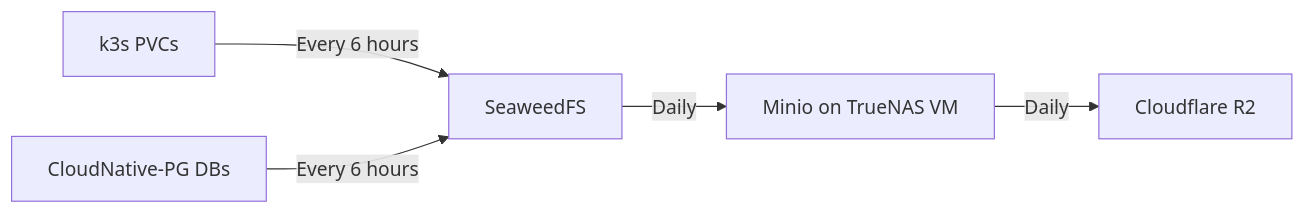
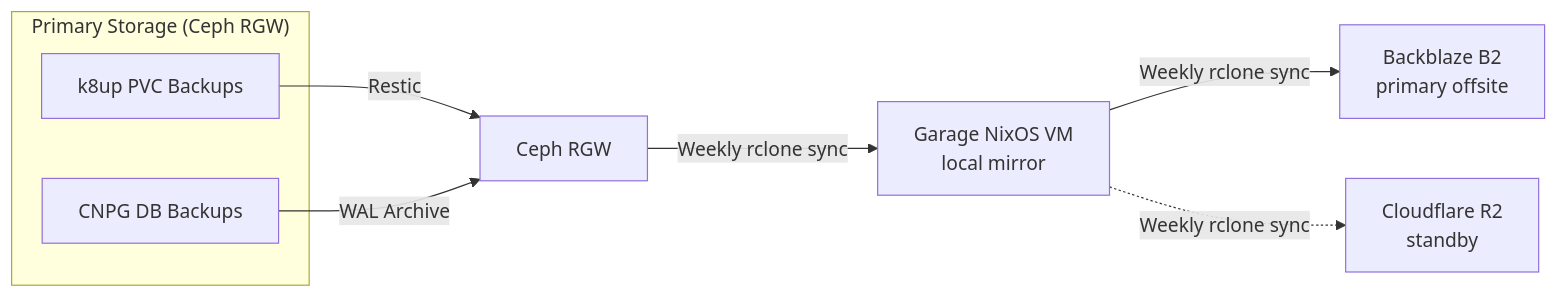
Before and after one commit to blake-hamm/bhamm-lab: the first of 2 diagrams in docker/docs-site/docs/backups/index.md, drawn with Mermaid. The commit also changed other lines of this file and 7 other files, not shown here.

````diff
--- a/docker/docs-site/docs/backups/index.md
+++ b/docker/docs-site/docs/backups/index.md
@@ -11,7 +13,14 @@
 ```mermaid
 graph LR
-A[k3s PVCs] -->|Every 6 hours| C[SeaweedFS]
-B[CloudNative-PG DBs] -->|Every 6 hours| C[SeaweedFS]
-C -->|Daily| D[Minio on TrueNAS VM]
-D -->|Daily| E[Cloudflare R2]
+  subgraph Primary["Primary Storage (Ceph RGW)"]
+    K[k8up PVC Backups]
+    C[CNPG DB Backups]
+  end
+
+  K -->|Restic| RGW[Ceph RGW]
+  C -->|WAL Archive| RGW
+
+  RGW -->|Weekly rclone sync| GARAGE[Garage NixOS VM<br>local mirror]
+  GARAGE -->|Weekly rclone sync| B2[Backblaze B2<br>primary offsite]
+  GARAGE -.->|Weekly rclone sync| R2[Cloudflare R2<br>standby]
 ```
````
